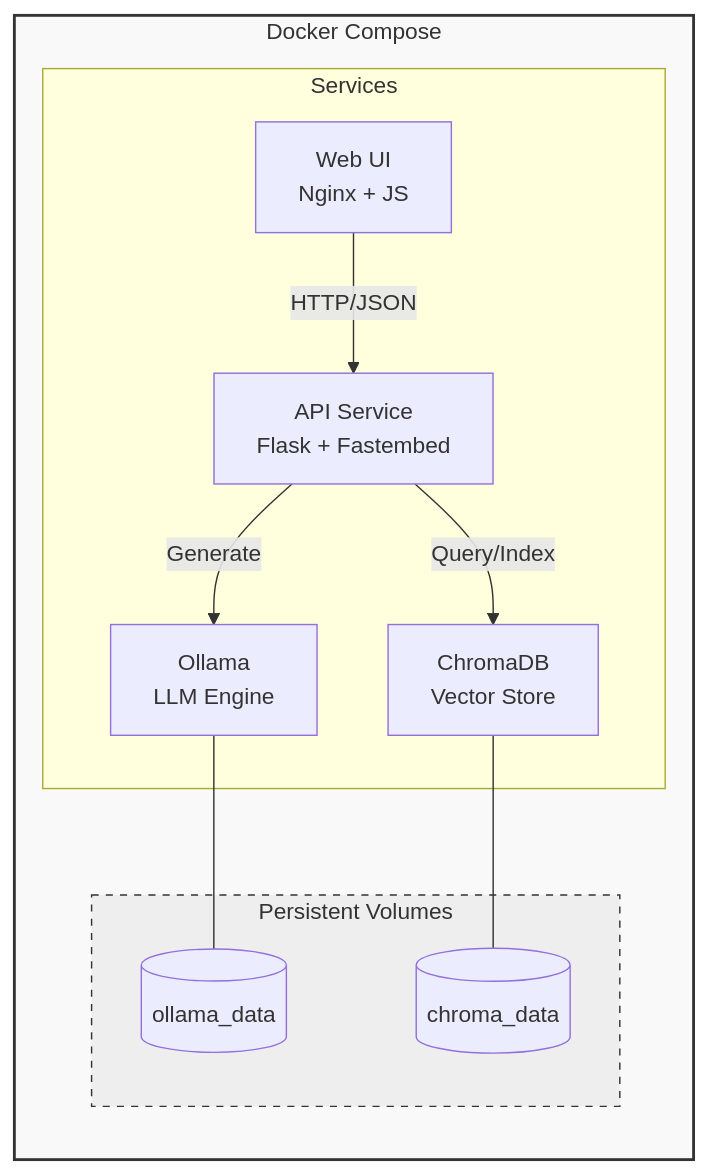
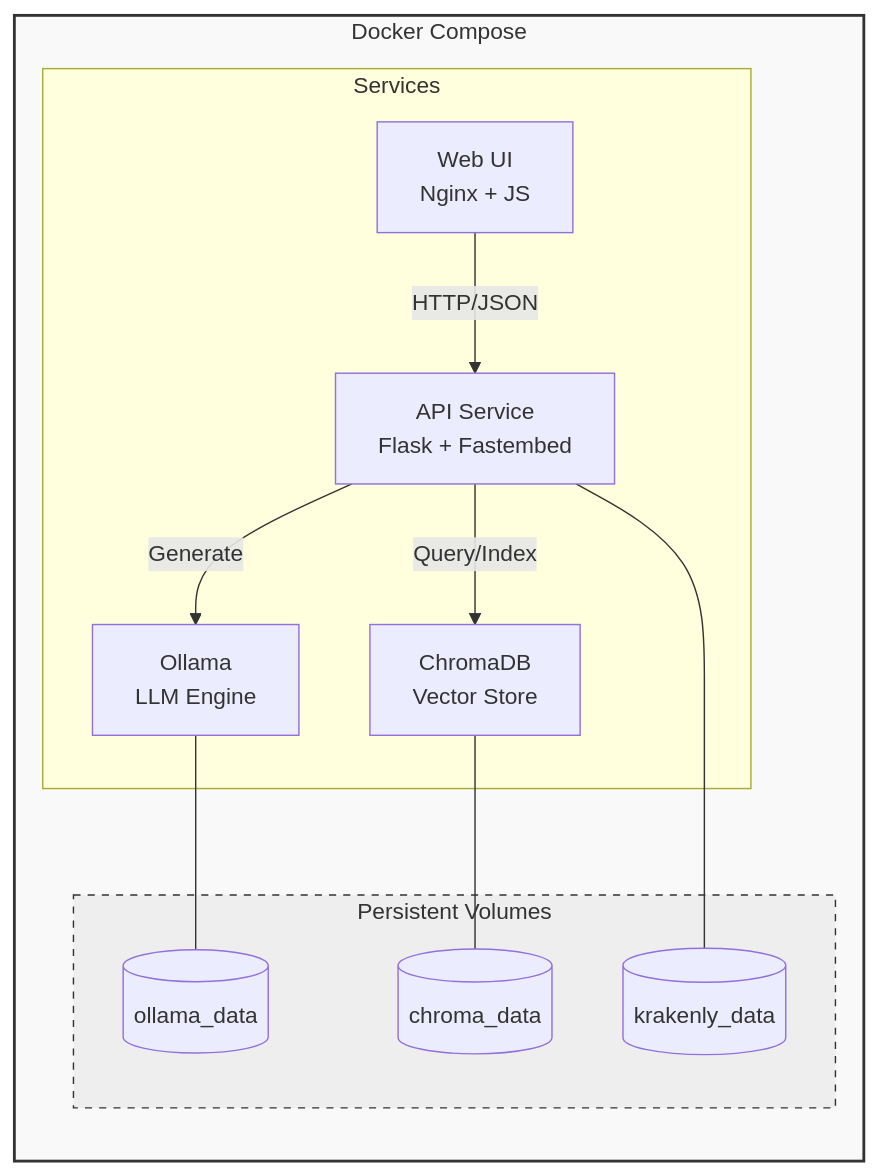
One commit to krakenly/krakenly changed the diagram in README.md. Above: the diagram before and after it, drawn with Mermaid.

Commit message:
updated the doc to show all volumes

````diff
--- a/README.md
+++ b/README.md
@@ -75,28 +75,30 @@
 ```mermaid
 graph TD
     subgraph Docker_Compose [Docker Compose]
         direction TB
         
         subgraph Services
             UI[Web UI<br/>Nginx + JS]
             API[API Service<br/>Flask + Fastembed]
             Ollama[Ollama<br/>LLM Engine]
             Chroma[ChromaDB<br/>Vector Store]
         end
         
         subgraph Storage [Persistent Volumes]
             VolOllama[(ollama_data)]
             VolChroma[(chroma_data)]
+            VolKrakenly[(krakenly_data)]
         end
 
         UI -->|HTTP/JSON| API
         API -->|Generate| Ollama
         API -->|Query/Index| Chroma
         
         Ollama --- VolOllama
         Chroma --- VolChroma
+        API --- VolKrakenly
     end
     
     style Docker_Compose fill:#f9f9f9,stroke:#333,stroke-width:2px
     style Storage fill:#eee,stroke:#333,stroke-dasharray: 5 5
 ```
````
